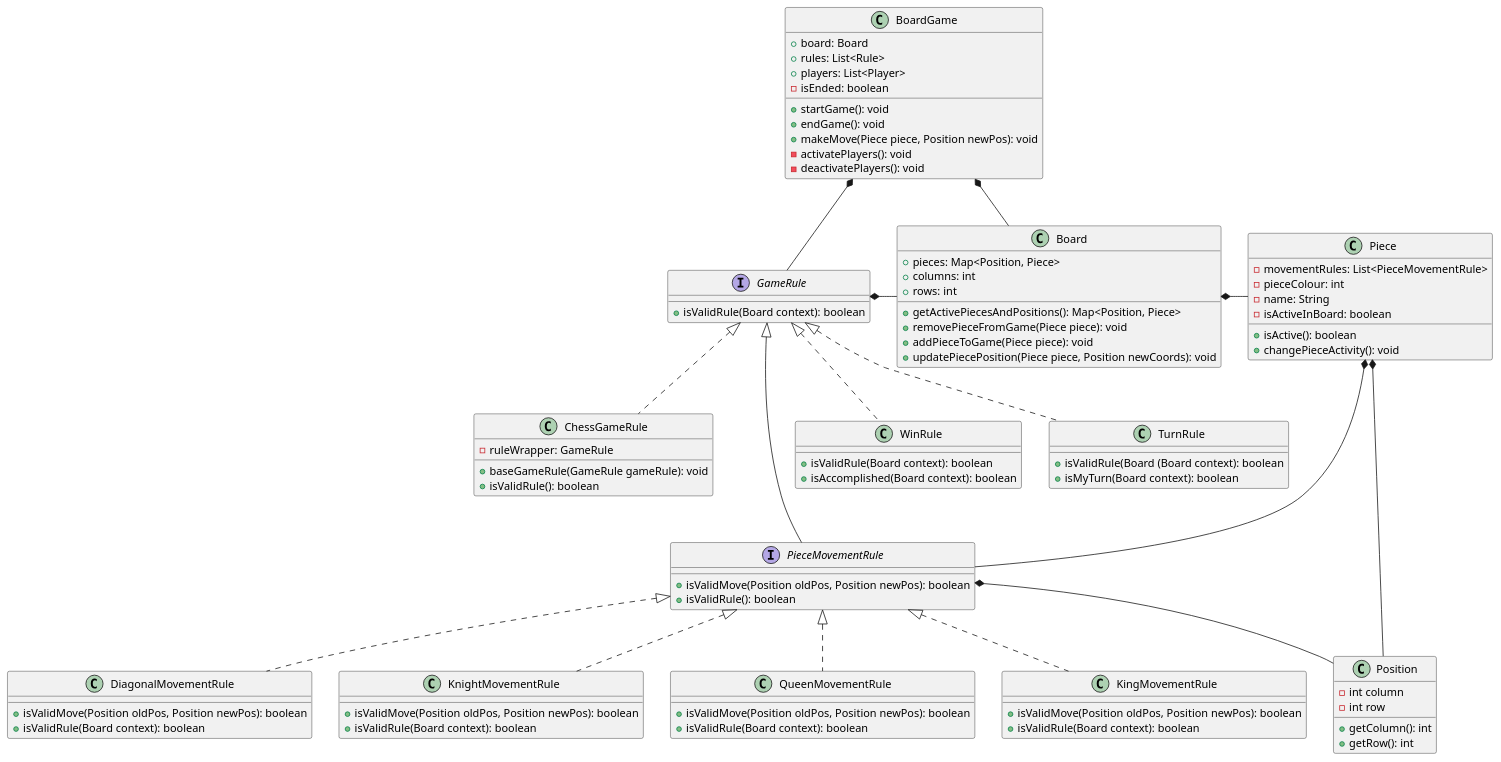
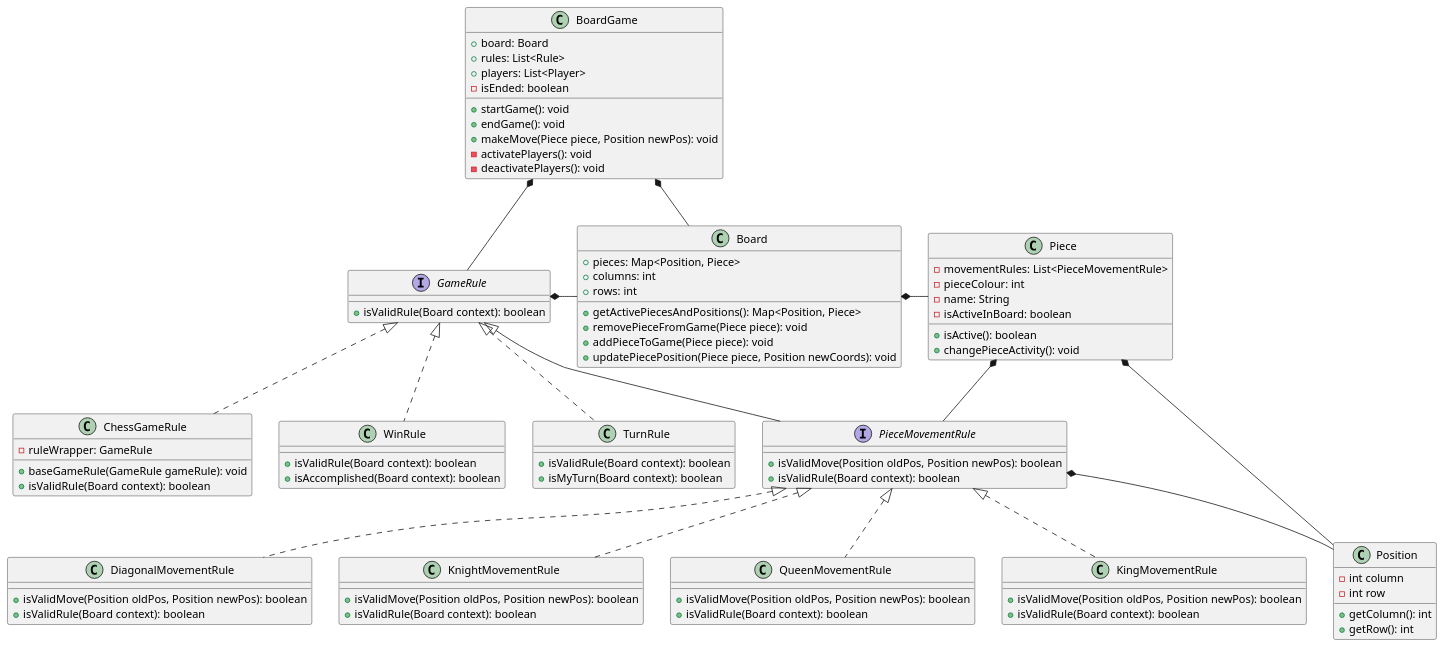
The diagram in engine/src/main/java/edu/austral/dissis/chess/diagrams/Chess.puml (FranCalveyra/chess), drawn with PlantUML before and after one commit. The commit also changed 1 other file, not shown here.

Commit message:
Continued Diagrams

```diff
--- a/engine/src/main/java/edu/austral/dissis/chess/diagrams/Chess.puml
+++ b/engine/src/main/java/edu/austral/dissis/chess/diagrams/Chess.puml
@@ -1,99 +1,99 @@
 @startuml
 class BoardGame{
 +board: Board
 +rules: List<Rule>
 +players: List<Player>
 -isEnded: boolean
 +startGame(): void
 +endGame(): void
 +makeMove(Piece piece, Position newPos): void
 -activatePlayers(): void
 -deactivatePlayers(): void
 }
 
 class Board {
 +pieces: Map<Position, Piece>
 +columns: int
 +rows: int
 +getActivePiecesAndPositions(): Map<Position, Piece>
 +removePieceFromGame(Piece piece): void
 +addPieceToGame(Piece piece): void
 +updatePiecePosition(Piece piece, Position newCoords): void
 }
 
 interface GameRule{
 +isValidRule(Board context): boolean
 }
 
 class WinRule implements GameRule{
 +isValidRule(Board context): boolean
 +isAccomplished(Board context): boolean
 }
 
 class TurnRule implements GameRule{
-+isValidRule(Board (Board context): boolean
++isValidRule(Board context): boolean
 +isMyTurn(Board context): boolean
 }
 
 ' Decorator Pattern
 class ChessGameRule implements GameRule{
 -ruleWrapper: GameRule
 +baseGameRule(GameRule gameRule): void
-+isValidRule(): boolean
++isValidRule(Board context): boolean
 }
 
 class Piece{
 -movementRules: List<PieceMovementRule>
 -pieceColour: int
 -name: String
 -isActiveInBoard: boolean
 +isActive(): boolean
 +changePieceActivity(): void
 }
 
 ' Extra classes
 interface PieceMovementRule implements GameRule{
 +isValidMove(Position oldPos, Position newPos): boolean
-+isValidRule(): boolean
++isValidRule(Board context): boolean
 }
 
 class DiagonalMovementRule implements PieceMovementRule{
 +isValidMove(Position oldPos, Position newPos): boolean
 +isValidRule(Board context): boolean
 }
 
 class KnightMovementRule implements PieceMovementRule{
 +isValidMove(Position oldPos, Position newPos): boolean
 +isValidRule(Board context): boolean
 }
 
 class QueenMovementRule implements PieceMovementRule{
 +isValidMove(Position oldPos, Position newPos): boolean
 +isValidRule(Board context): boolean
 }
 
 class KingMovementRule implements PieceMovementRule{
 +isValidMove(Position oldPos, Position newPos): boolean
 +isValidRule(Board context): boolean
 }
 
 
 class Position{
 -int column
 -int row
 +getColumn(): int
 +getRow(): int
 }
 
 ' Usages and else
 BoardGame *-- Board
 BoardGame *- GameRule
-Piece *--- PieceMovementRule
+Piece *-- PieceMovementRule
 Piece *- Position
 Board *- Piece
 PieceMovementRule *-- Position
 GameRule *- Board
 
 ' Hacer diagrama de secuencia también
 
 @enduml
```
